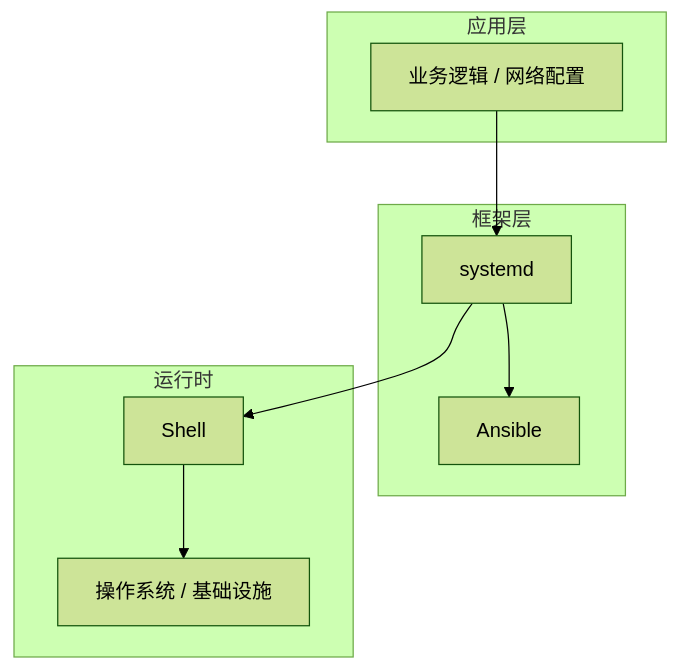
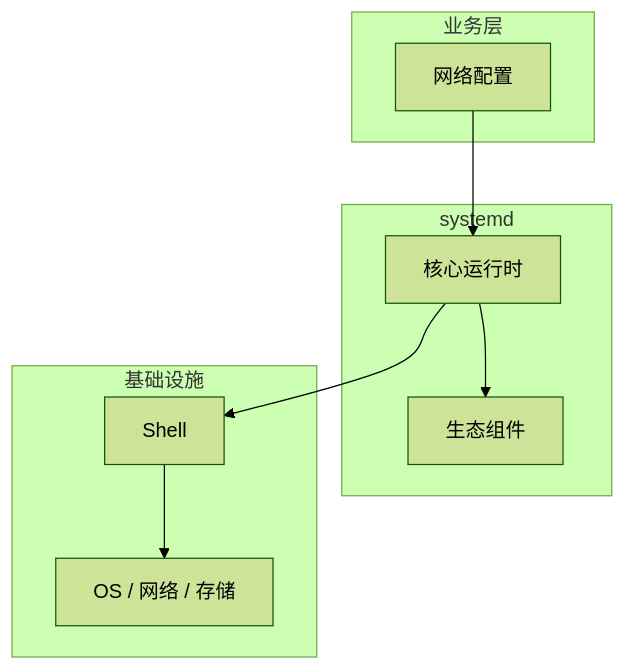
Before and after one commit to yanggan2015/knowledge-json-v2: the diagram in articles/Linux运维/chapters/037-网络配置核心概念与原理.md, drawn with Mermaid (forest theme). The commit also changed other lines of this file and 10127 other files, not shown here.

````diff
--- a/articles/Linux运维/chapters/037-网络配置核心概念与原理.md
+++ b/articles/Linux运维/chapters/037-网络配置核心概念与原理.md
@@ -45,18 +34,18 @@
 ```mermaid
 graph TB
-    subgraph 应用层
-        A[业务逻辑 / 网络配置]
+    subgraph 业务层
+        A[网络配置]
     end
-    subgraph 框架层
-        B[systemd]
-        C[Ansible]
+    subgraph systemd
+        B[核心运行时]
+        C[生态组件]
     end
-    subgraph 运行时
+    subgraph 基础设施
         D[Shell]
-        E[操作系统 / 基础设施]
+        E[OS / 网络 / 存储]
     end
     A --> B
     B --> C
     B --> D
     D --> E
 ```
````
